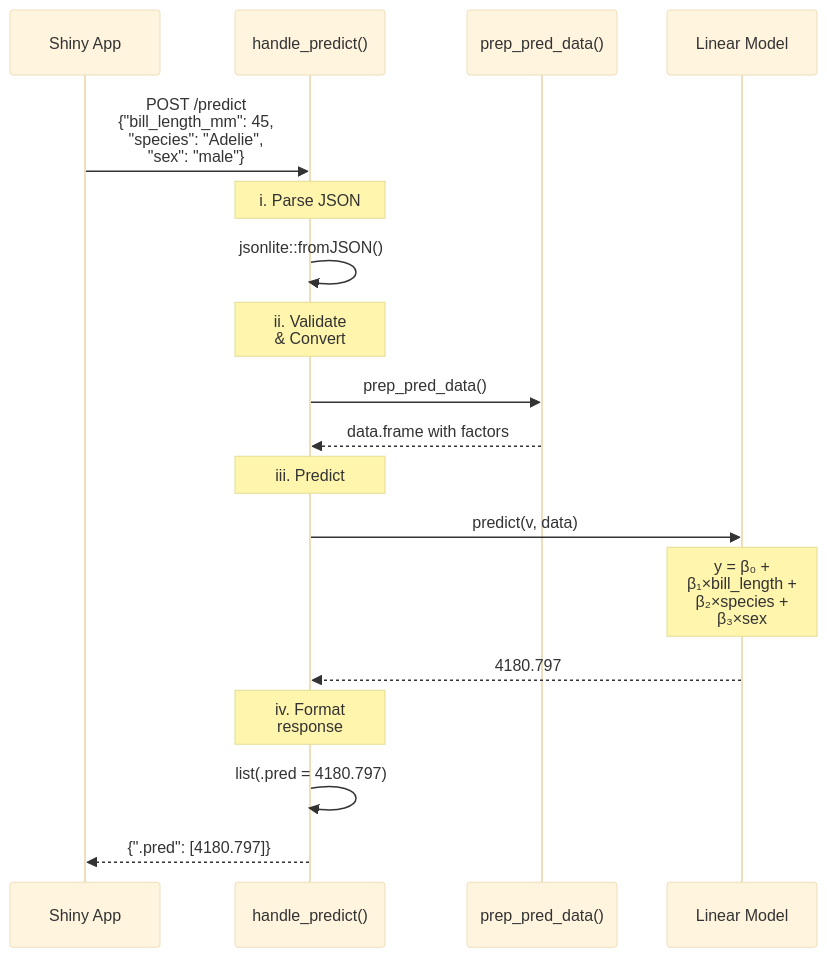
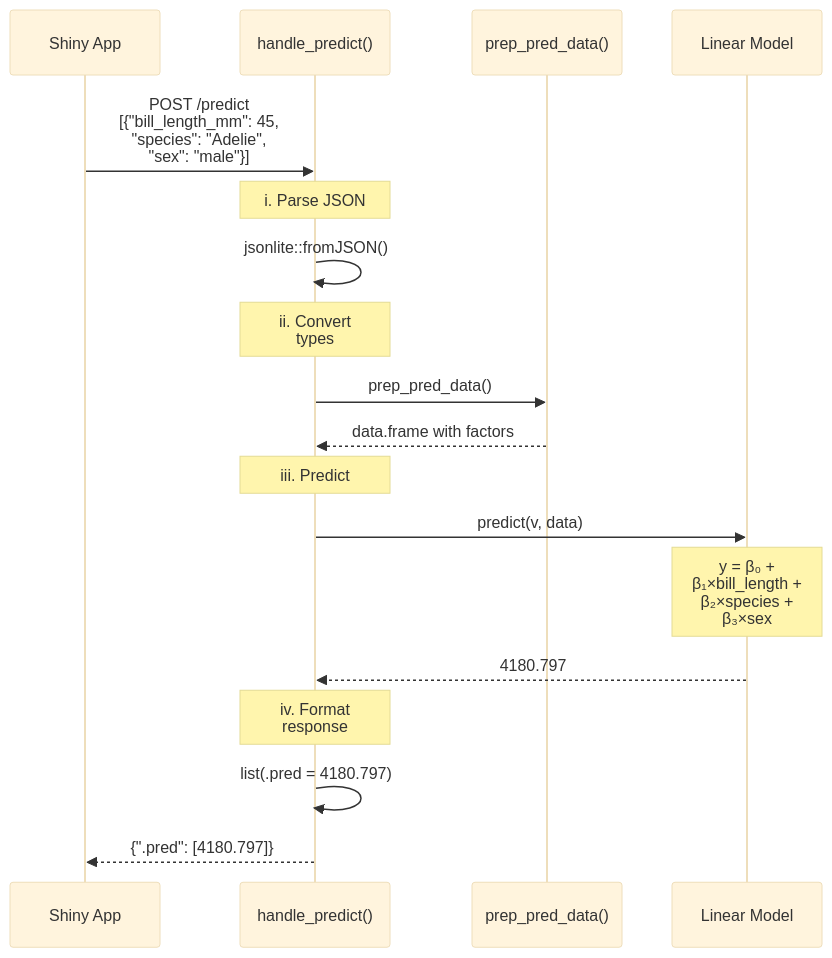
The eighth of 8 diagrams in plumber.qmd (mjfrigaard/do4ds-labs), drawn with Mermaid before and after one commit. The commit also changed other lines of this file and 15 other files, not shown here.

````diff
--- a/plumber.qmd
+++ b/plumber.qmd
@@ -1765,32 +1752,32 @@
 ```{mermaid}
 %%| fig-cap: 'Shiny App to API Prediction Flow'
 %%| fig-width: 7.0
 %%| fig-align: 'center'
 %%{init: {'theme': 'base', 'look': 'classic', 'themeVariables': {'fontFamily': 'monospace'}}}%%
 
 sequenceDiagram
     participant Shiny as Shiny App
     participant Handler as handle_predict()
     participant Helper as prep_pred_data()
     participant Model as Linear Model
 
-    Shiny->>Handler: POST /predict<br>{"bill_length_mm": 45,<br>"species": "Adelie",<br>"sex": "male"}
+    Shiny->>Handler: POST /predict<br>[{"bill_length_mm": 45,<br>"species": "Adelie",<br>"sex": "male"}]
 
     Note over Handler: i. Parse JSON
     Handler->>Handler: jsonlite::fromJSON()
 
-    Note over Handler: ii. Validate<br>& Convert
+    Note over Handler: ii. Convert<br>types
     Handler->>Helper: prep_pred_data()
     Helper-->>Handler: data.frame with factors
 
     Note over Handler: iii. Predict
     Handler->>Model: predict(v, data)
     Note over Model: y = β₀ +<br>β₁×bill_length +<br>β₂×species +<br>β₃×sex
     Model-->>Handler: 4180.797
 
     Note over Handler: iv. Format<br>response
     Handler->>Handler: list(.pred = 4180.797)
 
     Handler-->>Shiny: {".pred": [4180.797]}
 
 ```
````
